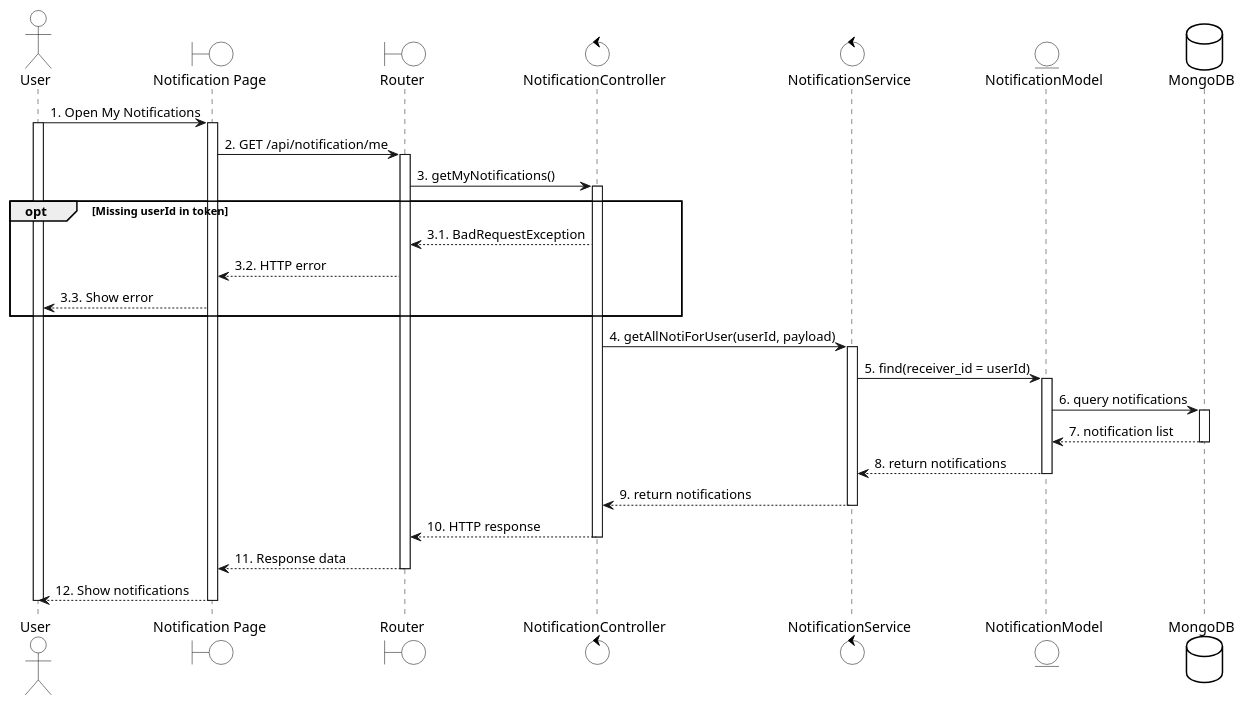
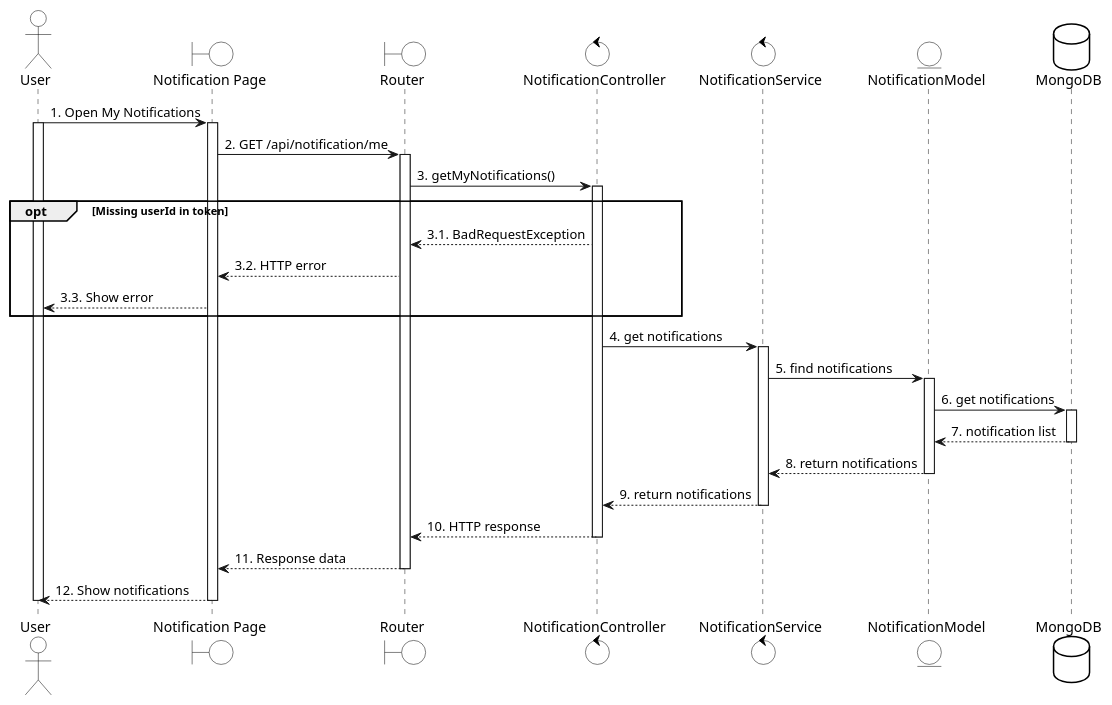
One commit to LGK1412/sequence_sep490_01 changed the diagram in uc17 - View Notification.wsd. Above: the diagram before and after it, drawn with PlantUML. The commit also changed 159 other files, not shown here.

Commit message:
Update subsequence

```diff
--- a/uc17 - View Notification.wsd
+++ b/uc17 - View Notification.wsd
@@ -1,62 +1,62 @@
 @startuml
 skinparam {
   ActorBackgroundColor #FFFFFF
   BoundaryBackgroundColor #FFFFFF
   ControlBackgroundColor #FFFFFF
   EntityBackgroundColor #FFFFFF
   DatabaseBackgroundColor #FFFFFF
   ActorBorderColor black
   BoundaryBorderColor black
   ControlBorderColor black
   EntityBorderColor black
   DatabaseBorderColor black
 }
 
 actor User
 boundary "Notification Page" as UI
 boundary Router
 control NotificationController
 control NotificationService
 entity NotificationModel
 database MongoDB
 
 User -> UI: 1. Open My Notifications
 activate User
 activate UI
 
 UI -> Router: 2. GET /api/notification/me
 activate Router
 
 Router -> NotificationController: 3. getMyNotifications()
 activate NotificationController
 
 opt Missing userId in token
   NotificationController --> Router: 3.1. BadRequestException
   Router --> UI: 3.2. HTTP error
   UI --> User: 3.3. Show error
 end
 
-NotificationController -> NotificationService: 4. getAllNotiForUser(userId, payload)
+NotificationController -> NotificationService: 4. get notifications
 activate NotificationService
 
-NotificationService -> NotificationModel: 5. find(receiver_id = userId)
+NotificationService -> NotificationModel: 5. find notifications
 activate NotificationModel
-NotificationModel -> MongoDB: 6. query notifications
+NotificationModel -> MongoDB: 6. get notifications
 activate MongoDB
 MongoDB --> NotificationModel: 7. notification list
 deactivate MongoDB
 NotificationModel --> NotificationService: 8. return notifications
 deactivate NotificationModel
 
 NotificationService --> NotificationController: 9. return notifications
 deactivate NotificationService
 
 NotificationController --> Router: 10. HTTP response
 deactivate NotificationController
 
 Router --> UI: 11. Response data
 deactivate Router
 UI --> User: 12. Show notifications
 deactivate UI
 deactivate User
 @enduml
```
